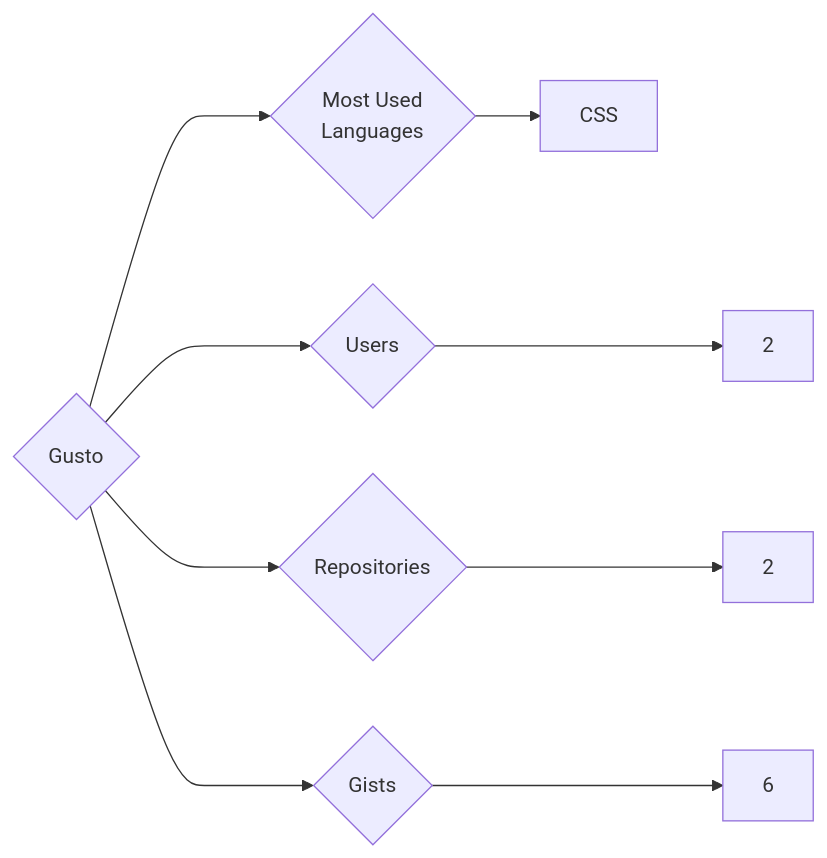
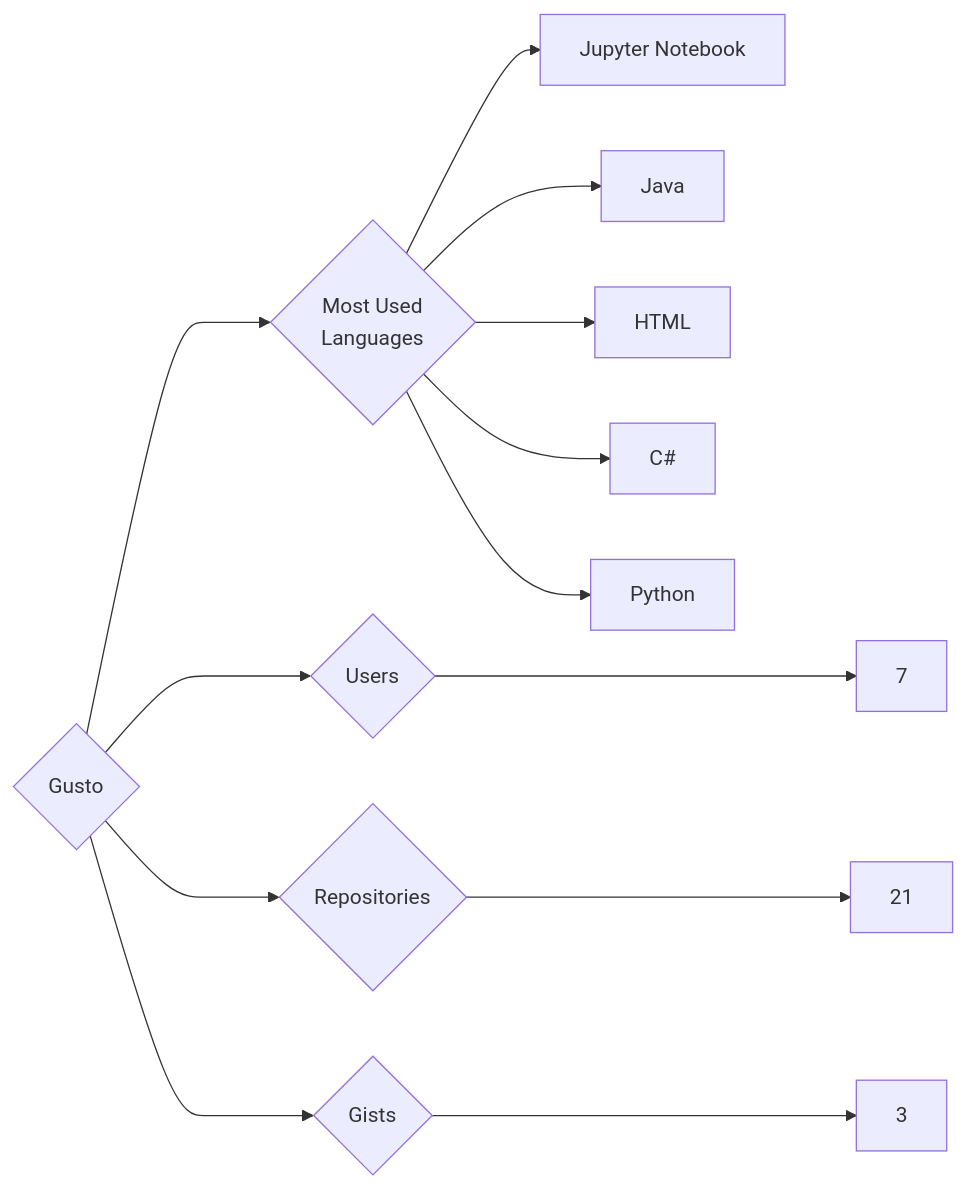
One commit to trickest/insiders changed the diagram in targets/Gusto/README.md. Above: the diagram before and after it, drawn with Mermaid. The commit also changed 1078 other files, not shown here.

````diff
--- a/targets/Gusto/README.md
+++ b/targets/Gusto/README.md
@@ -3,9 +3,13 @@
 ```mermaid
 graph LR
 COMPANY_NAME{Gusto}
-COMPANY_NAME ---> U{Users} ---> UN[2]
-COMPANY_NAME ---> R{Repositories} ---> RN[2]
-COMPANY_NAME ---> G{Gists} ---> GN[6]
+COMPANY_NAME ---> U{Users} ---> UN[7]
+COMPANY_NAME ---> R{Repositories} ---> RN[21]
+COMPANY_NAME ---> G{Gists} ---> GN[3]
 COMPANY_NAME ---> ML{Most Used<br>Languages}
-ML --> CSS[CSS]
+ML --> Jupyter_Notebook[Jupyter Notebook]
+ML --> Java[Java]
+ML --> HTML[HTML]
+ML --> C#[C#]
+ML --> Python[Python]
 ```
````
